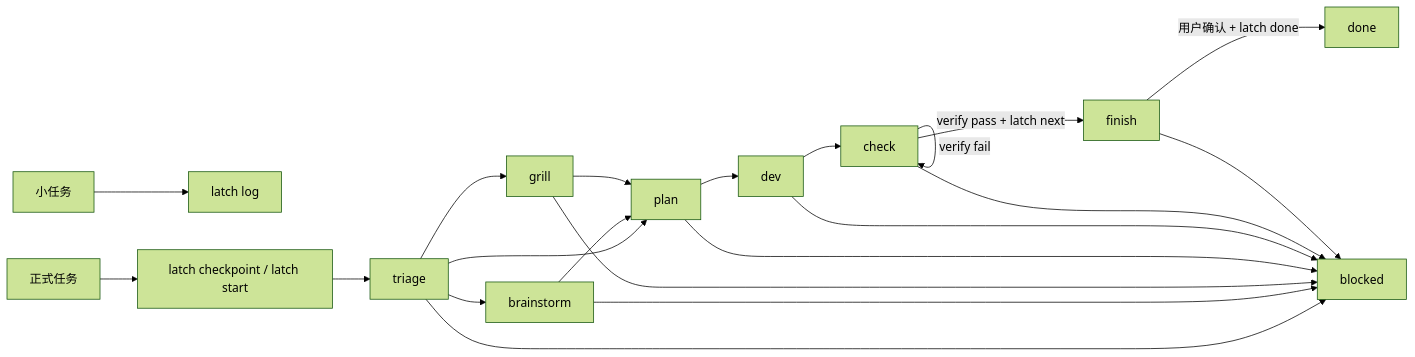
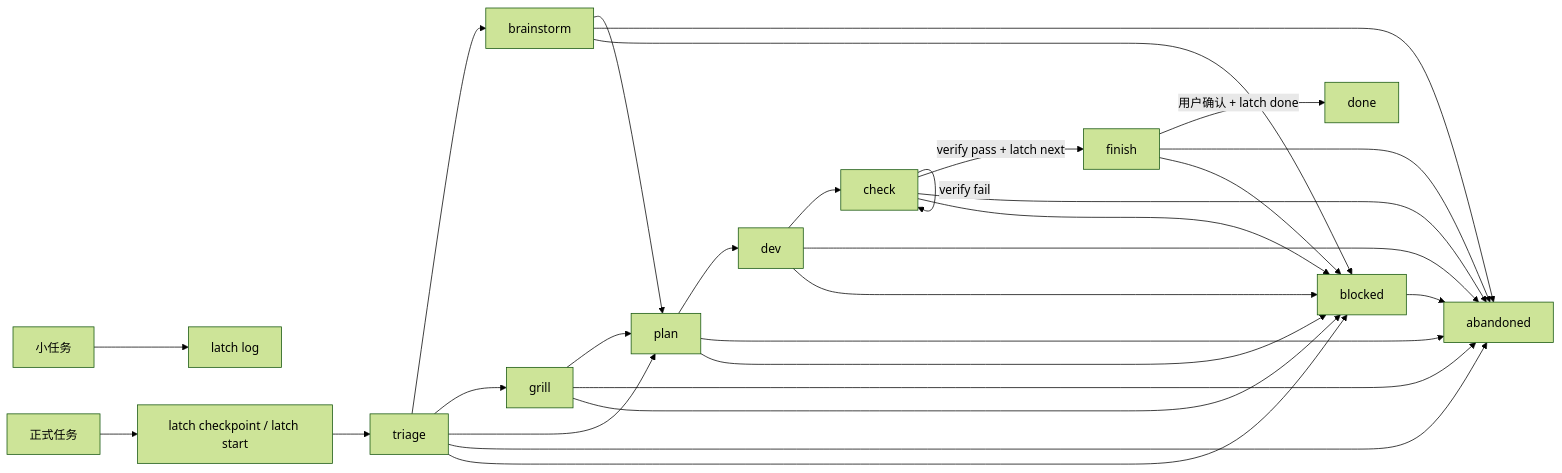
The diagram in docs/HANDBOOK.md (500tpig/Latch), drawn with Mermaid (forest theme) before and after one commit. The commit also changed other lines of this file and 4 other files, not shown here.

````diff
--- a/docs/HANDBOOK.md
+++ b/docs/HANDBOOK.md
@@ -94,23 +103,31 @@
 ```mermaid
 flowchart LR
     small["小任务"] --> log["latch log"]
     formal["正式任务"] --> enter["latch checkpoint / latch start"]
     enter --> triage["triage"]
     triage --> brainstorm["brainstorm"]
     triage --> grill["grill"]
     triage --> plan["plan"]
     brainstorm --> plan
     grill --> plan
     plan --> dev["dev"]
     dev --> check["check"]
     check -->|verify fail| check
     check -->|verify pass + latch next| finish["finish"]
     finish -->|用户确认 + latch done| done["done"]
+    triage --> abandoned["abandoned"]
+    brainstorm --> abandoned
+    grill --> abandoned
+    plan --> abandoned
+    dev --> abandoned
+    check --> abandoned
+    finish --> abandoned
+    blocked --> abandoned
     triage --> blocked["blocked"]
     brainstorm --> blocked
     grill --> blocked
     plan --> blocked
     dev --> blocked
     check --> blocked
     finish --> blocked
 ```
````
